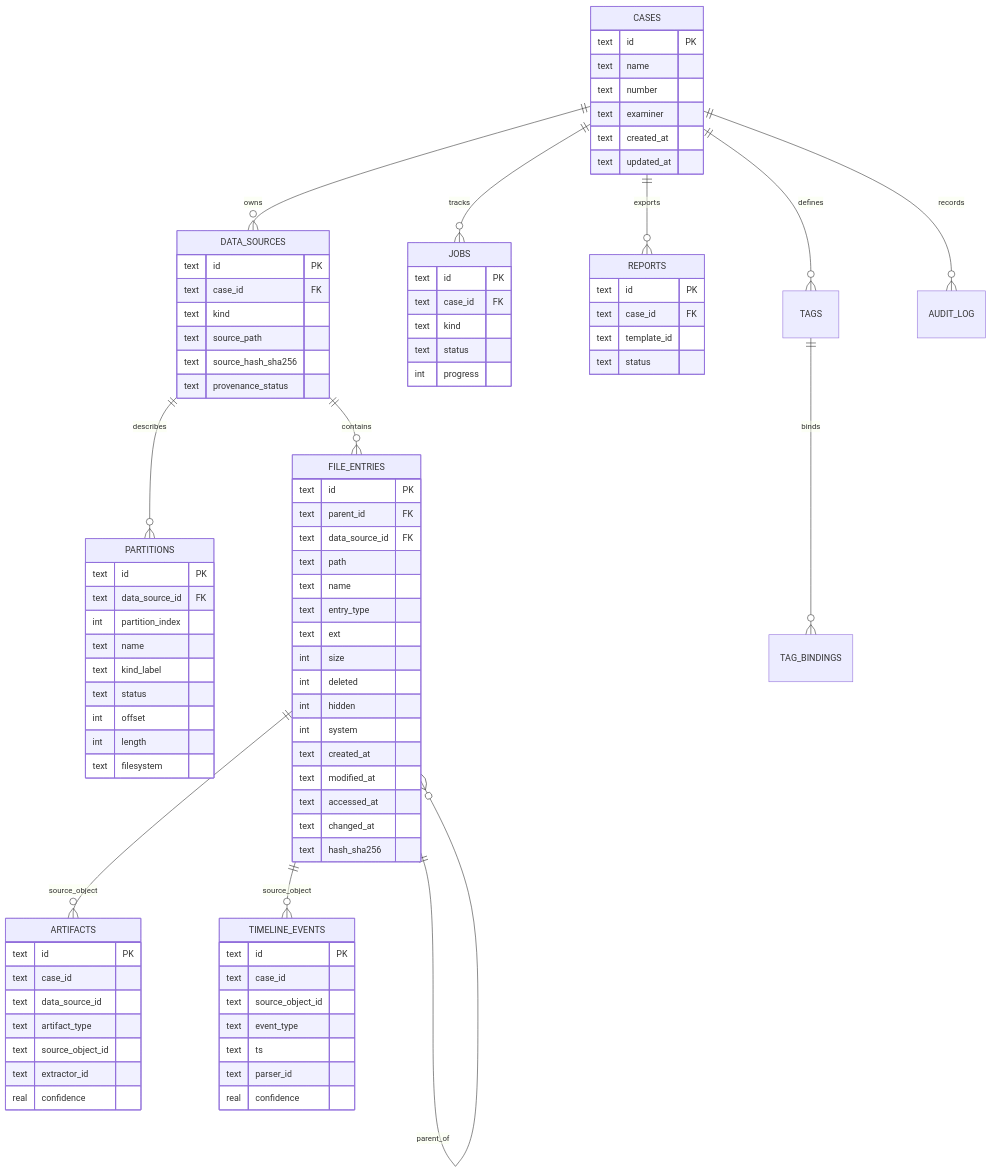
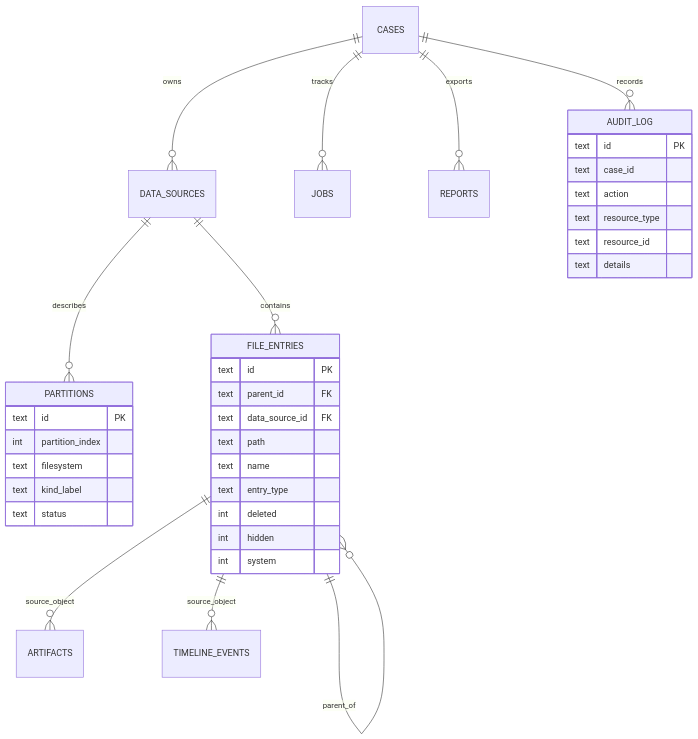
One commit to lQ-A-Ql/meow-detective changed the third of 14 diagrams in docs/model-architecture-algorithm-diagrams.md. Above: the diagram before and after it, drawn with Mermaid. The commit also changed other lines of this file and 46 other files, not shown here.

````diff
--- a/docs/model-architecture-algorithm-diagrams.md
+++ b/docs/model-architecture-algorithm-diagrams.md
@@ -111,44 +80,12 @@
   CASES ||--o{ DATA_SOURCES : owns
   CASES ||--o{ JOBS : tracks
   CASES ||--o{ REPORTS : exports
-  CASES ||--o{ TAGS : defines
   CASES ||--o{ AUDIT_LOG : records
   DATA_SOURCES ||--o{ PARTITIONS : describes
   DATA_SOURCES ||--o{ FILE_ENTRIES : contains
   FILE_ENTRIES ||--o{ FILE_ENTRIES : parent_of
   FILE_ENTRIES ||--o{ ARTIFACTS : source_object
   FILE_ENTRIES ||--o{ TIMELINE_EVENTS : source_object
-  TAGS ||--o{ TAG_BINDINGS : binds
-
-  CASES {
-    text id PK
-    text name
-    text number
-    text examiner
-    text created_at
-    text updated_at
-  }
-
-  DATA_SOURCES {
-    text id PK
-    text case_id FK
-    text kind
-    text source_path
-    text source_hash_sha256
-    text provenance_status
-  }
-
-  PARTITIONS {
-    text id PK
-    text data_source_id FK
-    int partition_index
-    text name
-    text kind_label
-    text status
-    int offset
-    int length
-    text filesystem
-  }
 
   FILE_ENTRIES {
     text id PK
@@ -157,50 +94,25 @@
     text path
     text name
     text entry_type
-    text ext
-    int size
     int deleted
     int hidden
     int system
-    text created_at
-    text modified_at
-    text accessed_at
-    text changed_at
-    text hash_sha256
   }
 
-  ARTIFACTS {
+  PARTITIONS {
+    text id PK
+    int partition_index
+    text filesystem
+    text kind_label
+    text status
+  }
+
+  AUDIT_LOG {
     text id PK
     text case_id
-    text data_source_id
-    text artifact_type
-    text source_object_id
-    text extractor_id
-    real confidence
-  }
-
-  TIMELINE_EVENTS {
-    text id PK
-    text case_id
-    text source_object_id
-    text event_type
-    text ts
-    text parser_id
-    real confidence
-  }
-
-  JOBS {
-    text id PK
-    text case_id FK
-    text kind
-    text status
-    int progress
-  }
-
-  REPORTS {
-    text id PK
-    text case_id FK
-    text template_id
-    text status
+    text action
+    text resource_type
+    text resource_id
+    text details
   }
 ```
````
